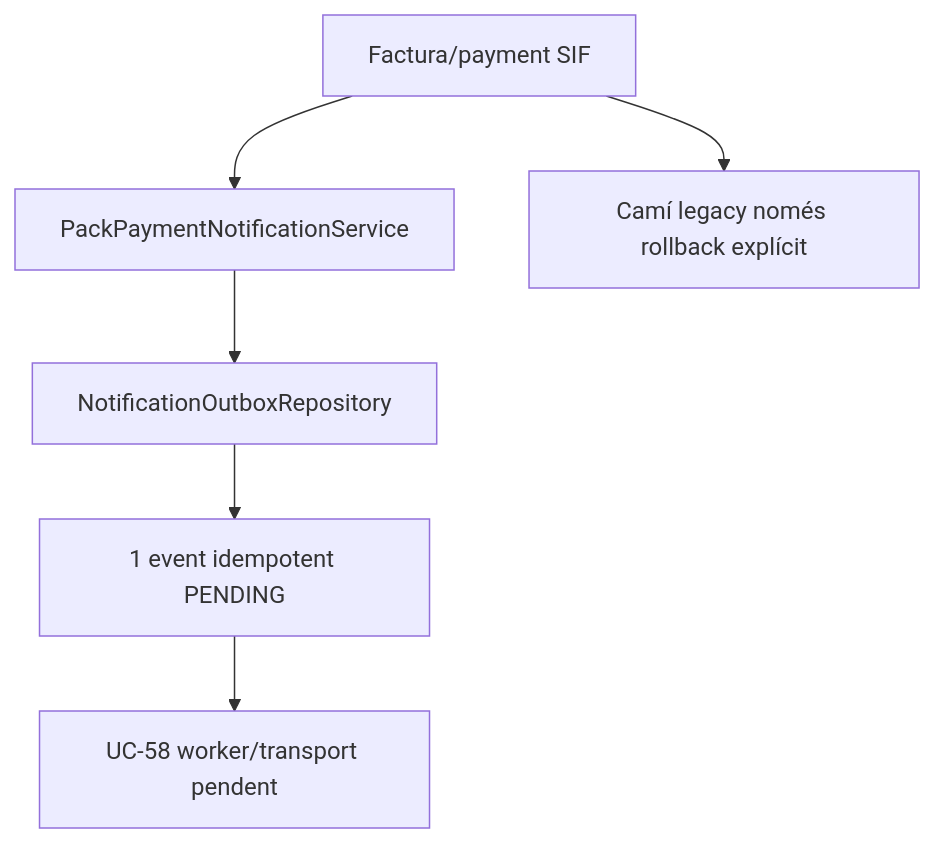
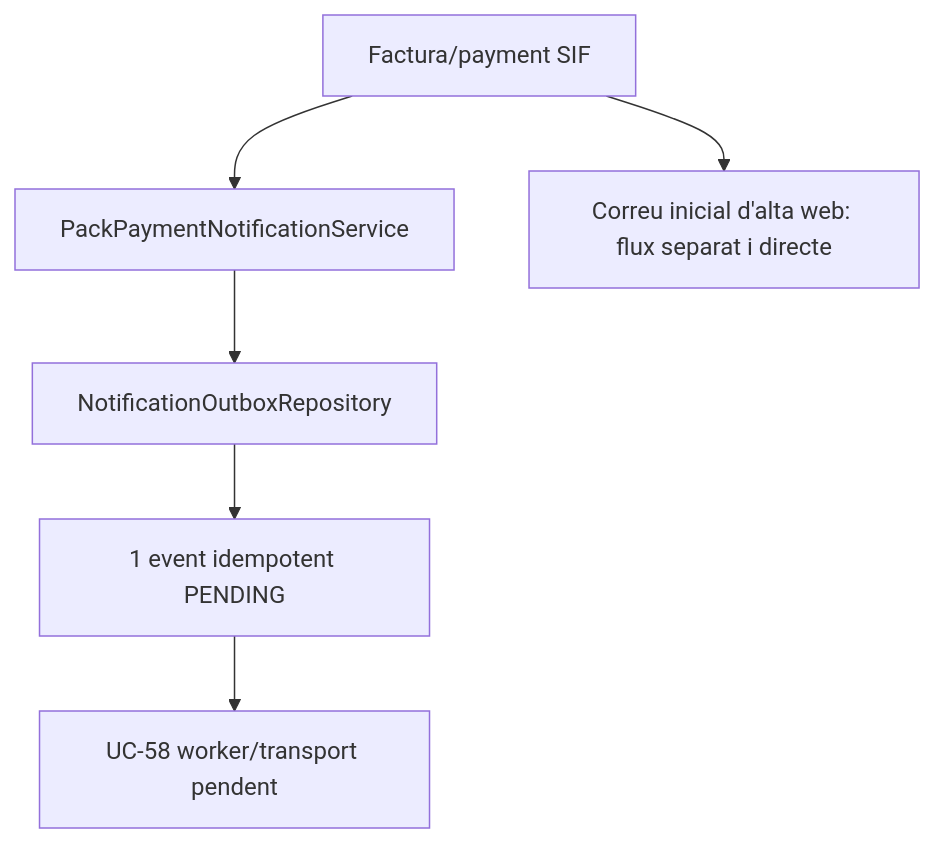
One commit to orgmeriemprismacat-del/verifactu changed diagram 17 of 20 in documentacio/07-uml-integrat/uc-015-activitats-pagines-pack-actual-final.md. Above: the diagram before and after it, drawn with Mermaid. The commit also changed other lines of this file, not shown here.

````diff
--- a/documentacio/07-uml-integrat/uc-015-activitats-pagines-pack-actual-final.md
+++ b/documentacio/07-uml-integrat/uc-015-activitats-pagines-pack-actual-final.md
@@ -238,8 +249,8 @@
 ```mermaid
 flowchart TD
 A[Factura/payment SIF] --> B[PackPaymentNotificationService]
 B --> C[NotificationOutboxRepository]
 C --> D[1 event idempotent PENDING]
 D --> E[UC-58 worker/transport pendent]
-A --> F[Camí legacy només rollback explícit]
+A --> F[Correu inicial d'alta web: flux separat i directe]
 ```
````
